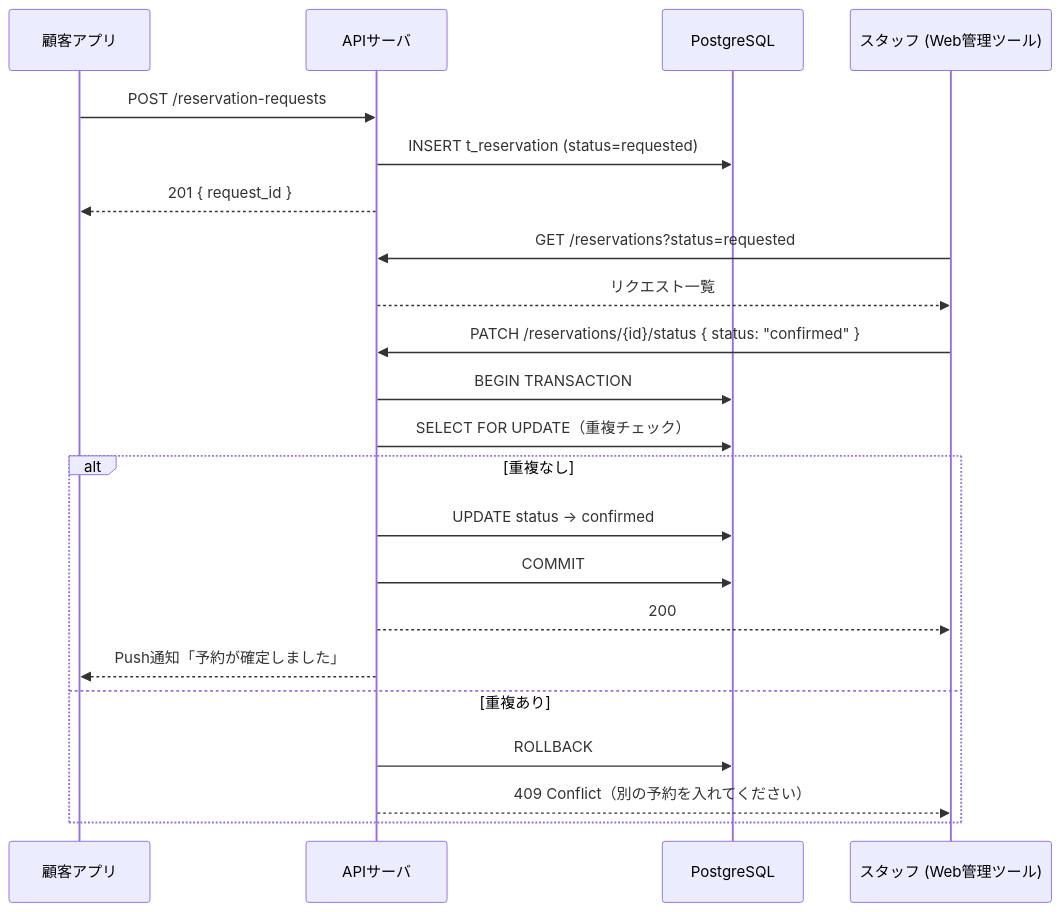
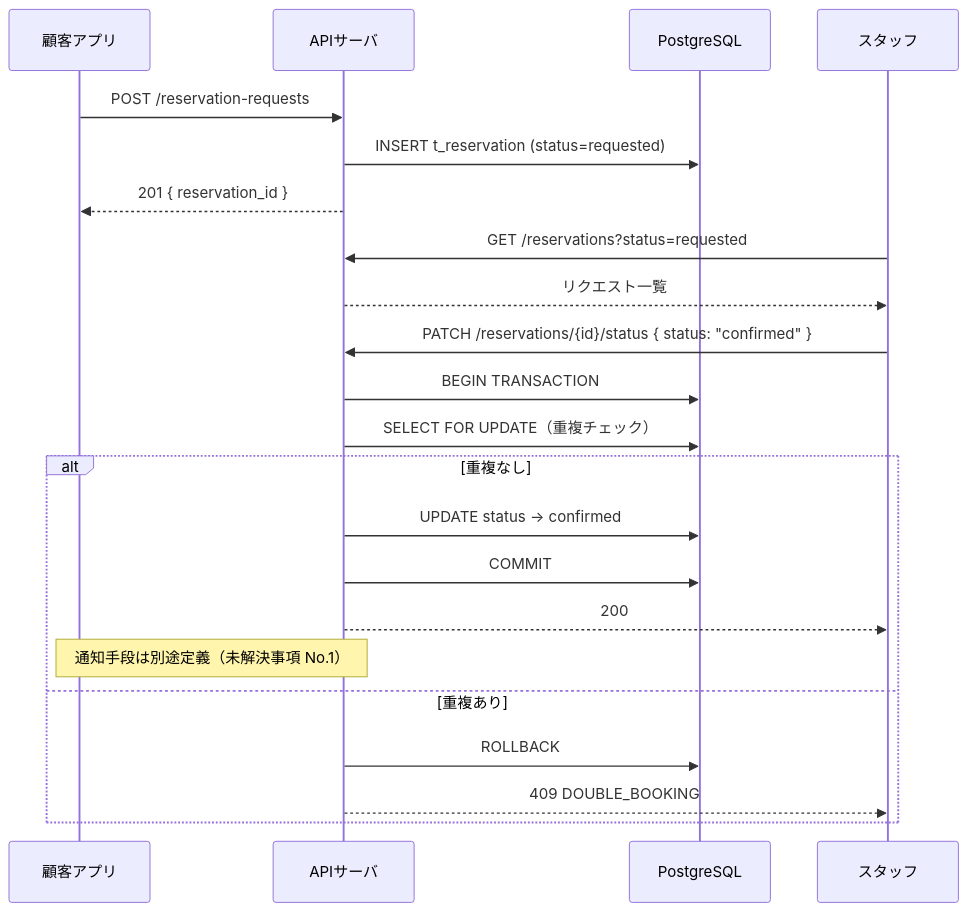
Before and after one commit to hachiju88/be-note: the second of 2 diagrams in 定義書/予約ロジック設計書.md, drawn with Mermaid. The commit also changed other lines of this file, not shown here.

````diff
--- a/定義書/予約ロジック設計書.md
+++ b/定義書/予約ロジック設計書.md
@@ -457,27 +560,27 @@
 ```mermaid
 sequenceDiagram
     participant C as 顧客アプリ
     participant API as APIサーバ
     participant DB as PostgreSQL
-    participant Staff as スタッフ (Web管理ツール)
+    participant Staff as スタッフ
 
     C->>API: POST /reservation-requests
     API->>DB: INSERT t_reservation (status=requested)
-    API-->>C: 201 { request_id }
+    API-->>C: 201 { reservation_id }
 
     Staff->>API: GET /reservations?status=requested
     API-->>Staff: リクエスト一覧
 
     Staff->>API: PATCH /reservations/{id}/status { status: "confirmed" }
     API->>DB: BEGIN TRANSACTION
     API->>DB: SELECT FOR UPDATE（重複チェック）
     alt 重複なし
         API->>DB: UPDATE status → confirmed
         API->>DB: COMMIT
         API-->>Staff: 200
-        API-->>C: Push通知「予約が確定しました」
+        Note over API,C: 通知手段は別途定義（未解決事項 No.1）
     else 重複あり
         API->>DB: ROLLBACK
-        API-->>Staff: 409 Conflict（別の予約を入れてください）
+        API-->>Staff: 409 DOUBLE_BOOKING
     end
 ```
````
